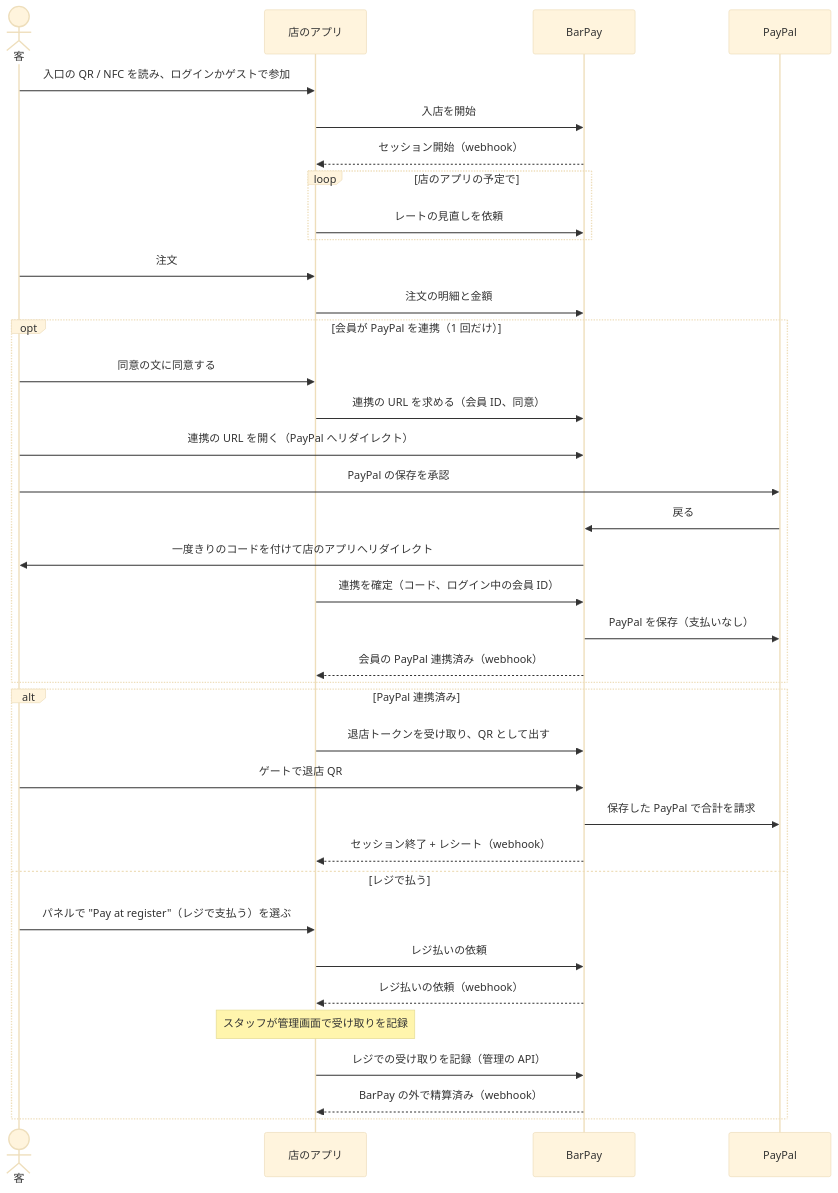
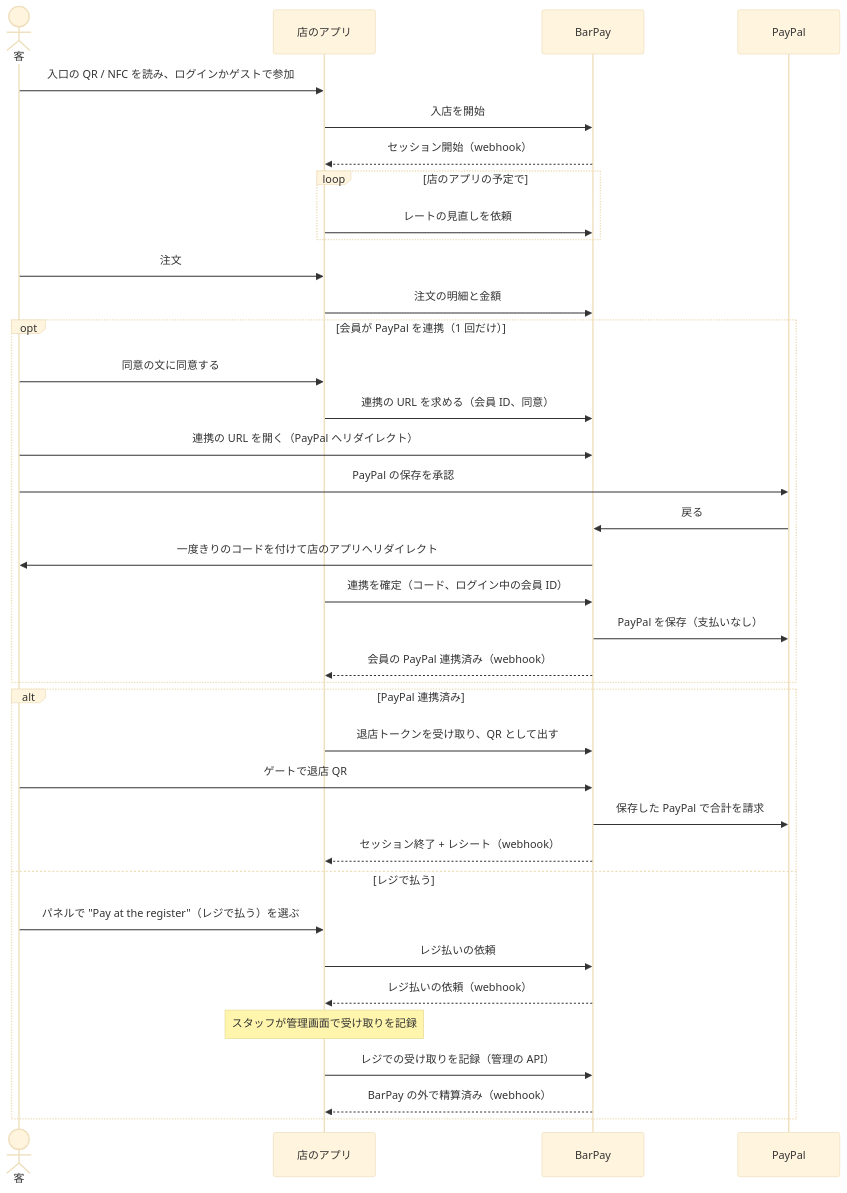
The first of 4 diagrams in docs/PRD.ja.md (sumiredc/barpay), drawn with Mermaid (base theme) before and after one commit. The commit also changed other lines of this file and 11 other files, not shown here.

````diff
--- a/docs/PRD.ja.md
+++ b/docs/PRD.ja.md
@@ -37,39 +37,39 @@
 ```mermaid
 sequenceDiagram
   actor C as 客
   participant A as 店のアプリ
   participant B as BarPay
   participant P as PayPal
   C->>A: 入口の QR / NFC を読み、ログインかゲストで参加
   A->>B: 入店を開始
   B-->>A: セッション開始（webhook）
   loop 店のアプリの予定で
     A->>B: レートの見直しを依頼
   end
   C->>A: 注文
   A->>B: 注文の明細と金額
   opt 会員が PayPal を連携（1 回だけ）
     C->>A: 同意の文に同意する
     A->>B: 連携の URL を求める（会員 ID、同意）
     C->>B: 連携の URL を開く（PayPal へリダイレクト）
     C->>P: PayPal の保存を承認
     P->>B: 戻る
     B->>C: 一度きりのコードを付けて店のアプリへリダイレクト
     A->>B: 連携を確定（コード、ログイン中の会員 ID）
     B->>P: PayPal を保存（支払いなし）
     B-->>A: 会員の PayPal 連携済み（webhook）
   end
   alt PayPal 連携済み
     A->>B: 退店トークンを受け取り、QR として出す
     C->>B: ゲートで退店 QR
     B->>P: 保存した PayPal で合計を請求
     B-->>A: セッション終了 + レシート（webhook）
   else レジで払う
-    C->>A: パネルで "Pay at register"（レジで支払う）を選ぶ
+    C->>A: パネルで "Pay at the register"（レジで払う）を選ぶ
     A->>B: レジ払いの依頼
     B-->>A: レジ払いの依頼（webhook）
     Note over A: スタッフが管理画面で受け取りを記録
     A->>B: レジでの受け取りを記録（管理の API）
     B-->>A: BarPay の外で精算済み（webhook）
   end
 ```
````
